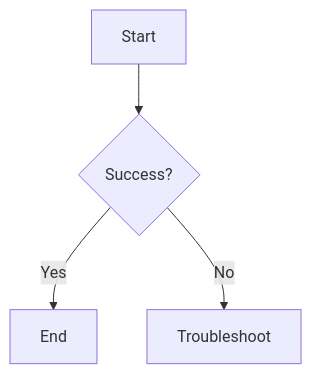
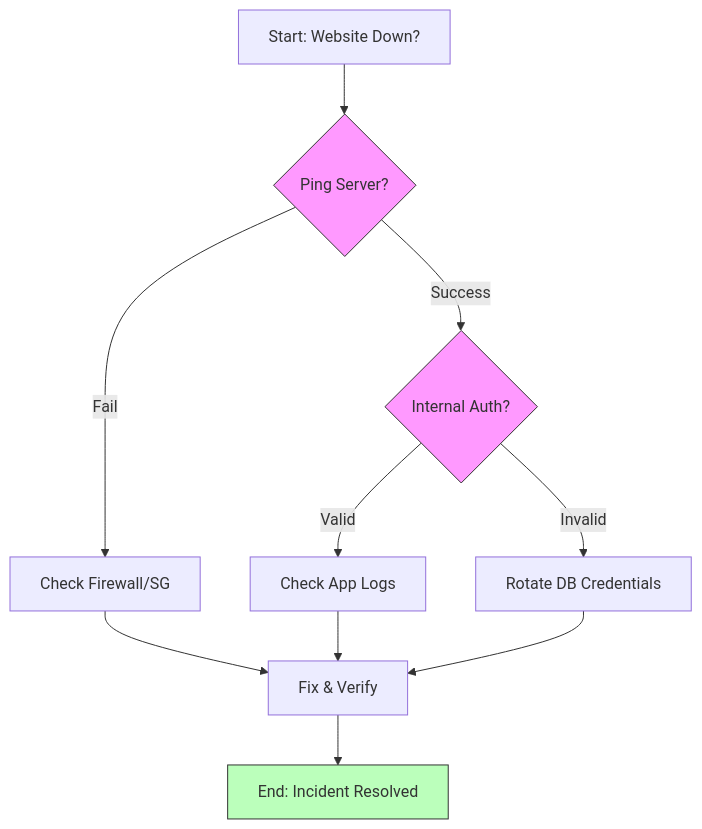
One commit to Ganil151/Devops changed the diagram in 2-Intermediate/00-Runbooks-Procedures/02-Writing-Effective-SOPs/05-Visualizing-Workflows-Mermaid/README.md. Above: the diagram before and after it, drawn with Mermaid. The commit also changed other lines of this file and 73 other files, not shown here.

````diff
--- a/2-Intermediate/00-Runbooks-Procedures/02-Writing-Effective-SOPs/05-Visualizing-Workflows-Mermaid/README.md
+++ b/2-Intermediate/00-Runbooks-Procedures/02-Writing-Effective-SOPs/05-Visualizing-Workflows-Mermaid/README.md
@@ -14,6 +12,19 @@
 ```mermaid
 graph TD
-    A[Start] --> B{Success?}
-    B -- Yes --> C[End]
-    B -- No --> D[Troubleshoot]
+    A[Start: Website Down?] --> B{Ping Server?}
+    B -- Success --> C{Internal Auth?}
+    B -- Fail --> D[Check Firewall/SG]
+    
+    C -- Valid --> E[Check App Logs]
+    C -- Invalid --> F[Rotate DB Credentials]
+    
+    D --> G[Fix & Verify]
+    E --> G
+    F --> G
+    
+    G --> H[End: Incident Resolved]
+    
+    style B fill:#f9f,stroke:#333
+    style C fill:#f9f,stroke:#333
+    style H fill:#bfb,stroke:#333
 ```
````
